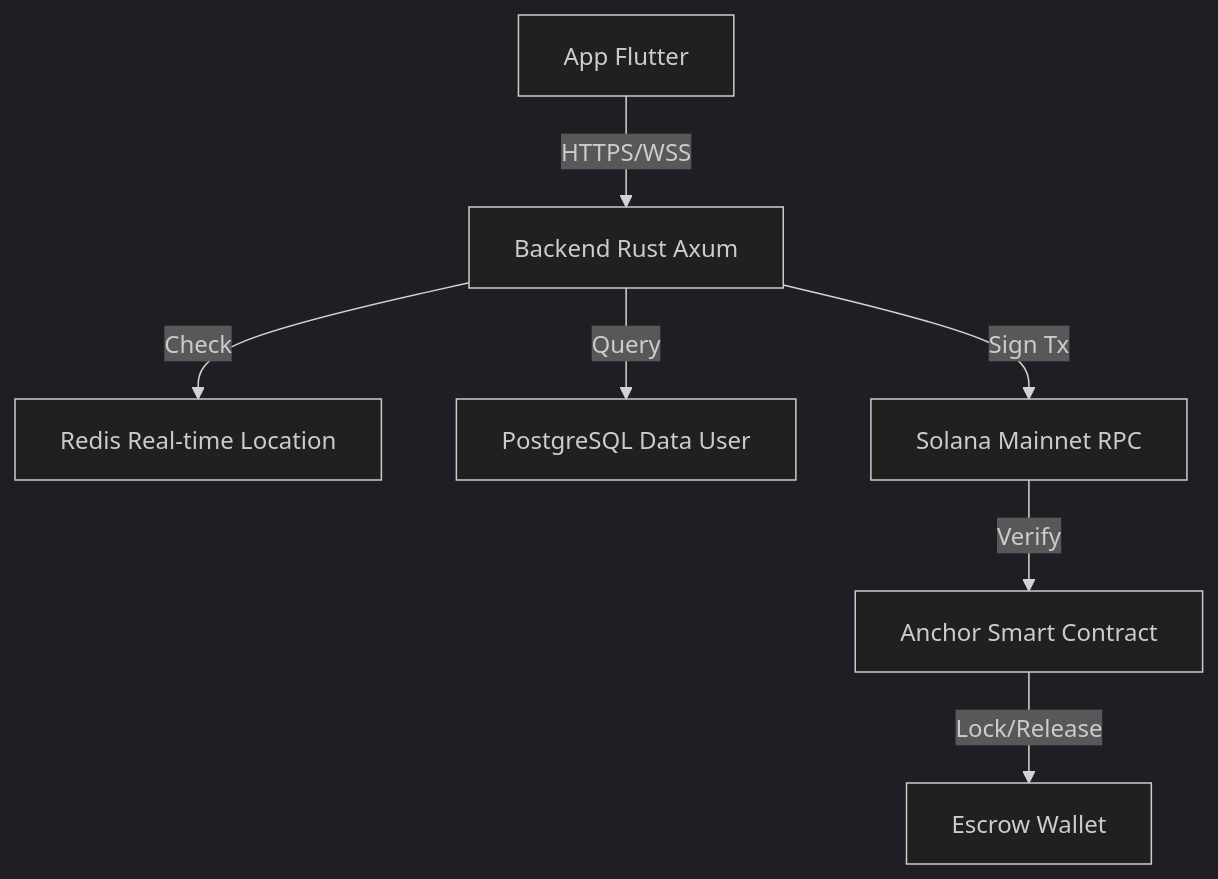
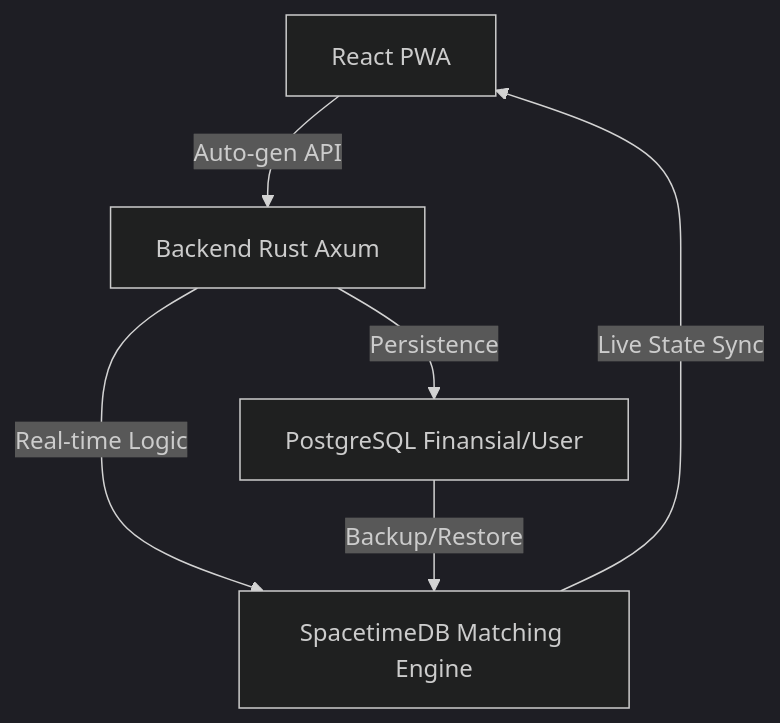
The diagram in readme.md (siapaja-id/SiapAja), drawn with Mermaid (dark theme) before and after one commit. The commit also changed other lines of this file and 1 other file, not shown here.

First line of the commit message:
feat: replace Flutter with React PWA (Vite + SWC + Tailwind)

````diff
--- a/readme.md
+++ b/readme.md
@@ -105,9 +105,8 @@
 ```mermaid
 graph TD
-    User[App Flutter] -- HTTPS/WSS --> Axum[Backend Rust Axum]
-    Axum -- Check --> Redis[Redis Real-time Location]
-    Axum -- Query --> Postgres[PostgreSQL Data User]
-    Axum -- Sign Tx --> SolanaRPC[Solana Mainnet RPC]
-    SolanaRPC -- Verify --> SmartContract[Anchor Smart Contract]
-    SmartContract -- Lock/Release --> Escrow[Escrow Wallet]
+    User[React PWA] -- Auto-gen API --> Axum[Backend Rust Axum]
+    Axum -- Persistence --> Postgres[PostgreSQL Finansial/User]
+    Axum -- Real-time Logic --> STDB[SpacetimeDB Matching Engine]
+    STDB -- Live State Sync --> User
+    Postgres -- Backup/Restore --> STDB
 ```
````
